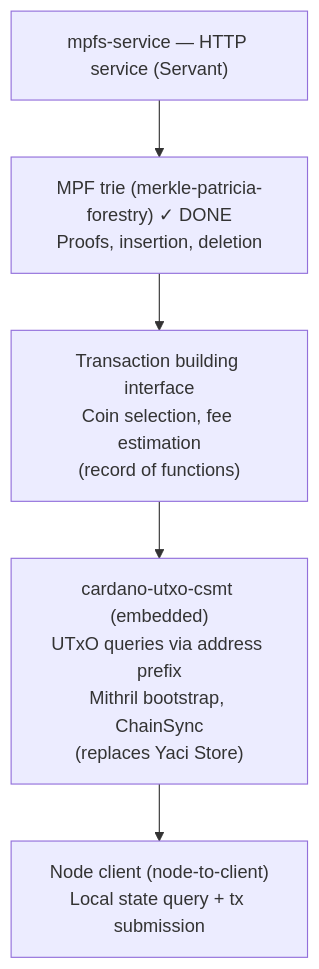
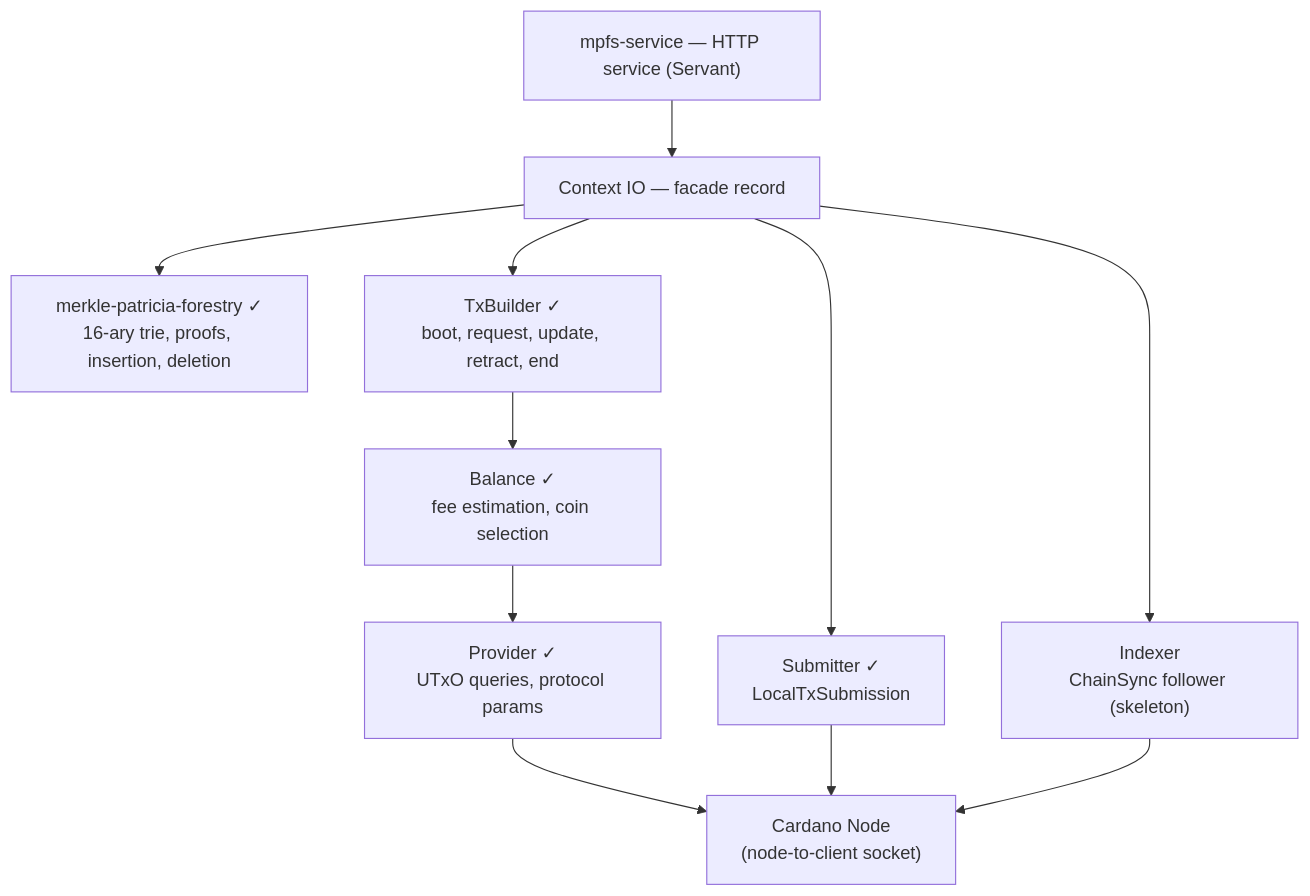
The first of 2 diagrams in PLAN.md (paolino/cardano-mpfs-offchain), drawn with Mermaid before and after one commit. The commit also changed other lines of this file, not shown here.

````diff
--- a/PLAN.md
+++ b/PLAN.md
@@ -21,10 +21,18 @@
 ```mermaid
 flowchart TD
     http["mpfs-service — HTTP service (Servant)"]
-    mpf["MPF trie (merkle-patricia-forestry) ✓ DONE\nProofs, insertion, deletion"]
-    txb["Transaction building interface\nCoin selection, fee estimation\n(record of functions)"]
-    csmt["cardano-utxo-csmt (embedded)\nUTxO queries via address prefix\nMithril bootstrap, ChainSync\n(replaces Yaci Store)"]
-    node["Node client (node-to-client)\nLocal state query + tx submission"]
+    ctx["Context IO — facade record"]
+    mpf["merkle-patricia-forestry ✓\n16-ary trie, proofs, insertion, deletion"]
+    txb["TxBuilder ✓\nboot, request, update, retract, end"]
+    bal["Balance ✓\nfee estimation, coin selection"]
+    prov["Provider ✓\nUTxO queries, protocol params"]
+    sub["Submitter ✓\nLocalTxSubmission"]
+    idx["Indexer\nChainSync follower (skeleton)"]
+    node["Cardano Node\n(node-to-client socket)"]
 
-    http --> mpf --> txb --> csmt --> node
+    http --> ctx
+    ctx --> txb --> bal --> prov --> node
+    ctx --> mpf
+    ctx --> sub --> node
+    ctx --> idx --> node
 ```
````
